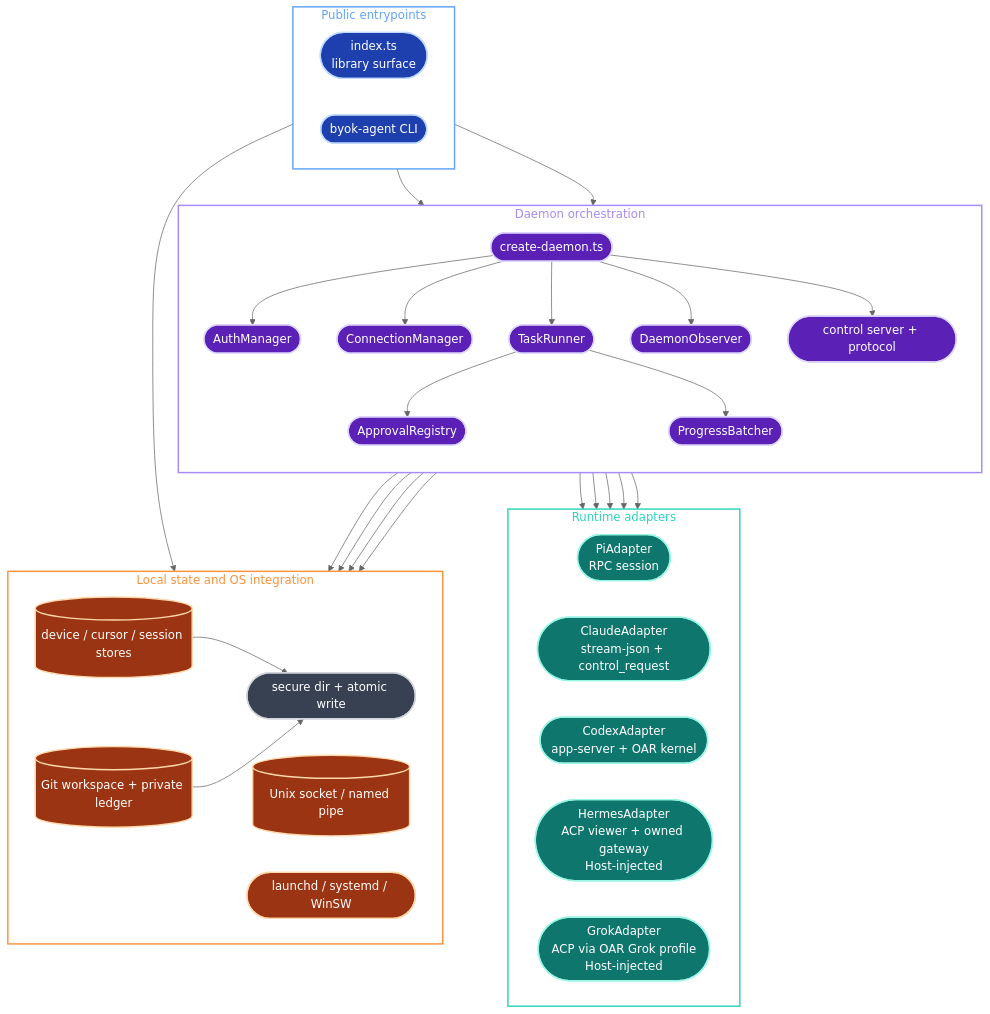
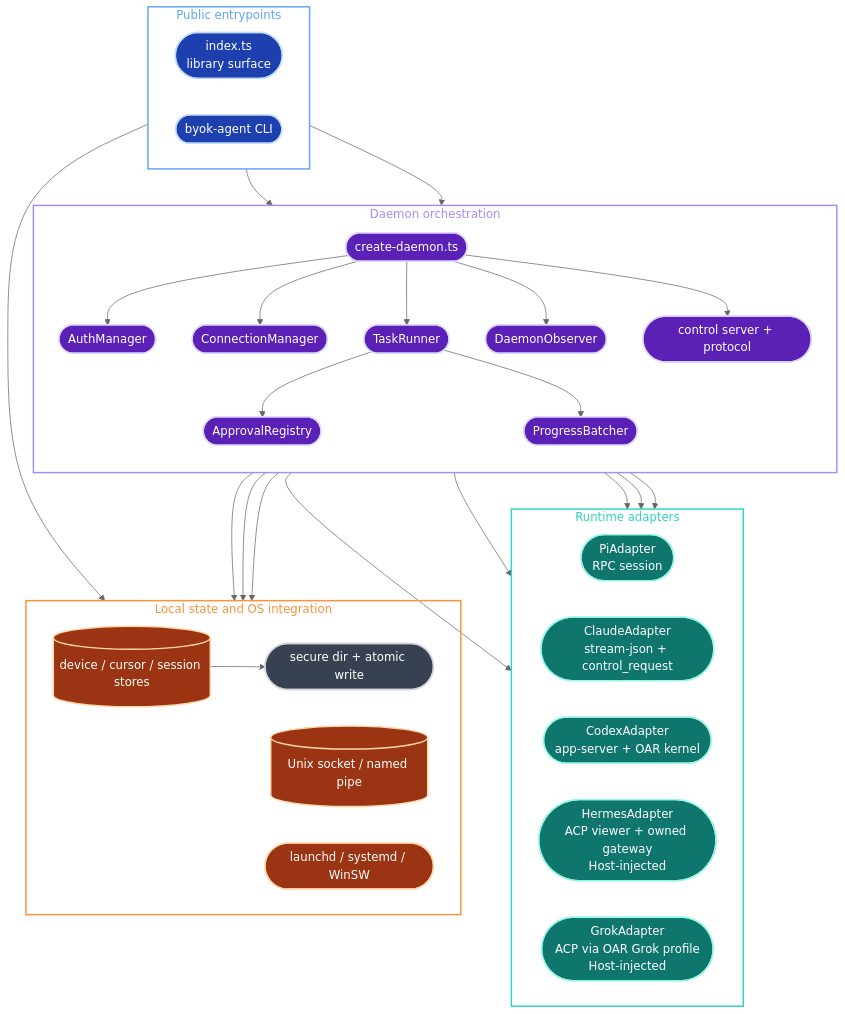
One commit to Ancienttwo/byok-sdk changed the sixth of 21 diagrams in docs/architecture/sdk-architecture.md. Above: the diagram before and after it, drawn with Mermaid (neutral theme). The commit also changed other lines of this file and 13 other files, not shown here.

Commit message:
docs: describe wire v4 without Git workspace mode and with the confirmed O6 migration (#925)

````diff
--- a/docs/architecture/sdk-architecture.md
+++ b/docs/architecture/sdk-architecture.md
@@ -470,71 +470,68 @@
 ```mermaid
 flowchart TB
   classDef cli fill:#1e40af,stroke:#bfdbfe,stroke-width:2px,color:#fff
   classDef daemon fill:#5b21b6,stroke:#ddd6fe,stroke-width:2px,color:#fff
   classDef adapter fill:#0f766e,stroke:#99f6e4,stroke-width:2px,color:#fff
   classDef local fill:#9a3412,stroke:#fed7aa,stroke-width:2px,color:#fff
   classDef utility fill:#374151,stroke:#d1d5db,stroke-width:2px,color:#fff
 
   subgraph Entry["Public entrypoints"]
     direction LR
     API(["index.ts<br/>library surface"]):::cli
     AgentCLI(["byok-agent CLI"]):::cli
   end
 
   subgraph Core["Daemon orchestration"]
     direction TB
     Create(["create-daemon.ts"]):::daemon
     Auth(["AuthManager"]):::daemon
     Conn(["ConnectionManager"]):::daemon
     Runner(["TaskRunner"]):::daemon
     Observer(["DaemonObserver"]):::daemon
     Control(["control server + protocol"]):::daemon
     Approval(["ApprovalRegistry"]):::daemon
     Batch(["ProgressBatcher"]):::daemon
   end
 
   subgraph Runtime["Runtime adapters"]
     direction LR
     Pi(["PiAdapter<br/>RPC session"]):::adapter
     Claude(["ClaudeAdapter<br/>stream-json + control_request"]):::adapter
     Codex(["CodexAdapter<br/>app-server + OAR kernel"]):::adapter
     Hermes(["HermesAdapter<br/>ACP viewer + owned gateway<br/>Host-injected"]):::adapter
     Grok(["GrokAdapter<br/>ACP via OAR Grok profile<br/>Host-injected"]):::adapter
   end
 
   subgraph Local["Local state and OS integration"]
     direction LR
     Stores[("device / cursor / session stores")]:::local
-    Git[("Git workspace + private ledger")]:::local
     IPC[("Unix socket / named pipe")]:::local
     Service(["launchd / systemd / WinSW"]):::local
     Secure(["secure dir + atomic write"]):::utility
   end
 
   API --> Create
   AgentCLI --> Create
   AgentCLI --> Service
   Create --> Auth
   Create --> Conn
   Create --> Runner
   Create --> Observer
   Create --> Control
   Runner --> Approval
   Runner --> Batch
   Runner --> Pi
   Runner --> Claude
   Runner --> Codex
   Runner --> Hermes
   Runner --> Grok
   Auth --> Stores
   Conn --> Stores
-  Runner --> Git
   Control --> IPC
   Stores --> Secure
-  Git --> Secure
 
   style Entry fill:none,stroke:#60a5fa,stroke-width:2px,color:#60a5fa
   style Core fill:none,stroke:#a78bfa,stroke-width:2px,color:#a78bfa
   style Runtime fill:none,stroke:#2dd4bf,stroke-width:2px,color:#2dd4bf
   style Local fill:none,stroke:#fb923c,stroke-width:2px,color:#fb923c
 ```
````
